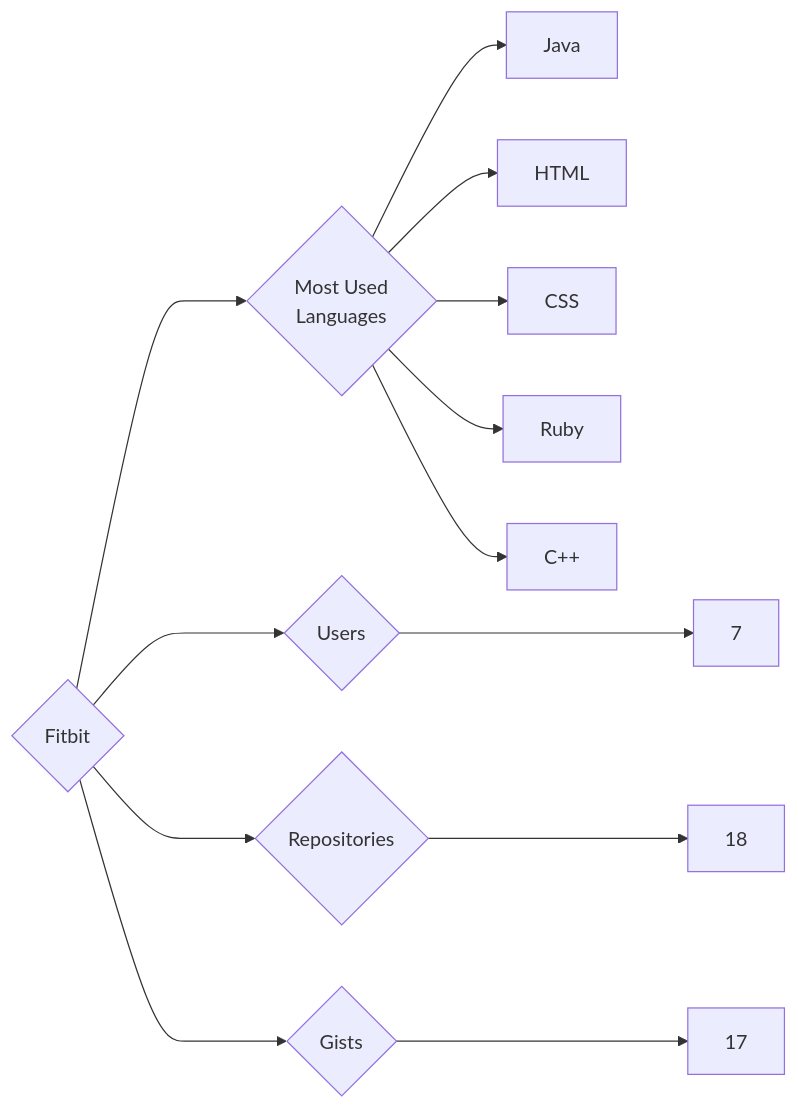
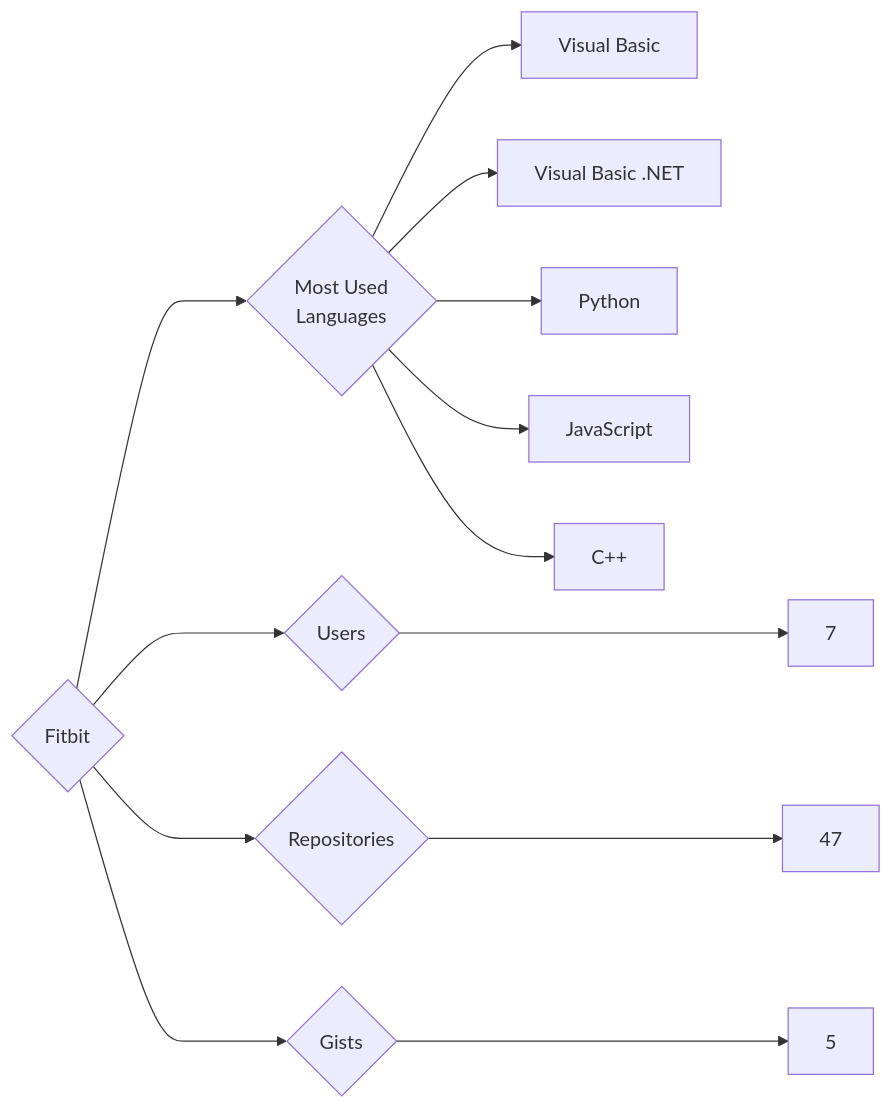
One commit to trickest/insiders changed the diagram in targets/Fitbit/README.md. Above: the diagram before and after it, drawn with Mermaid. The commit also changed 1036 other files, not shown here.

````diff
--- a/targets/Fitbit/README.md
+++ b/targets/Fitbit/README.md
@@ -3,13 +3,13 @@
 ```mermaid
 graph LR
 COMPANY_NAME{Fitbit}
 COMPANY_NAME ---> U{Users} ---> UN[7]
-COMPANY_NAME ---> R{Repositories} ---> RN[18]
-COMPANY_NAME ---> G{Gists} ---> GN[17]
+COMPANY_NAME ---> R{Repositories} ---> RN[47]
+COMPANY_NAME ---> G{Gists} ---> GN[5]
 COMPANY_NAME ---> ML{Most Used<br>Languages}
-ML --> Java[Java]
-ML --> HTML[HTML]
-ML --> CSS[CSS]
-ML --> Ruby[Ruby]
+ML --> Visual_Basic[Visual Basic]
+ML --> Visual_Basic_.NET[Visual Basic .NET]
+ML --> Python[Python]
+ML --> JavaScript[JavaScript]
 ML --> C++[C++]
 ```
````
